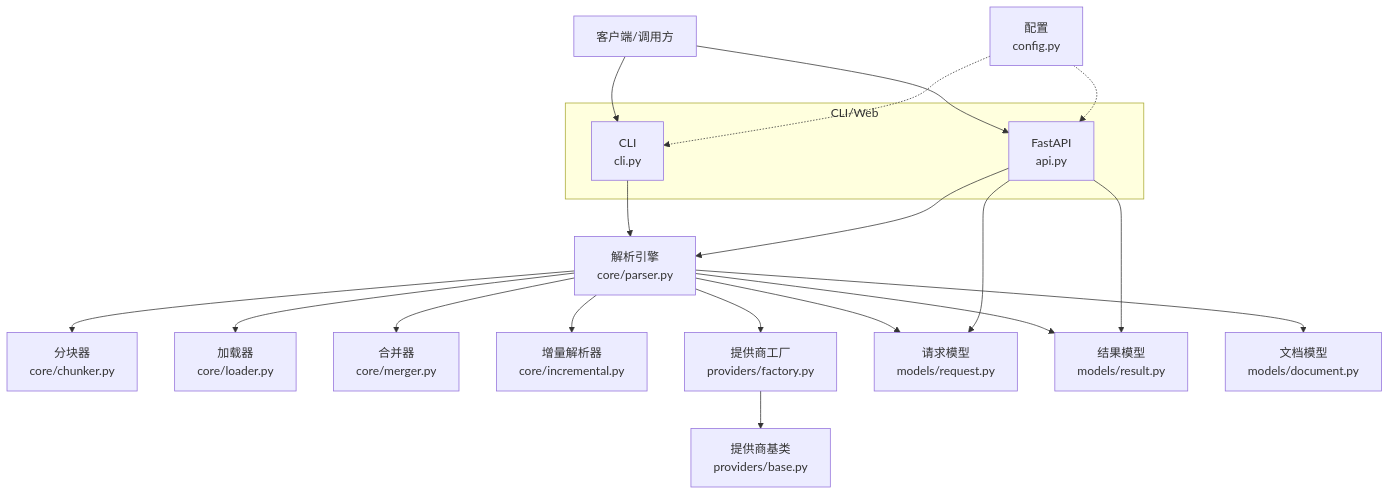
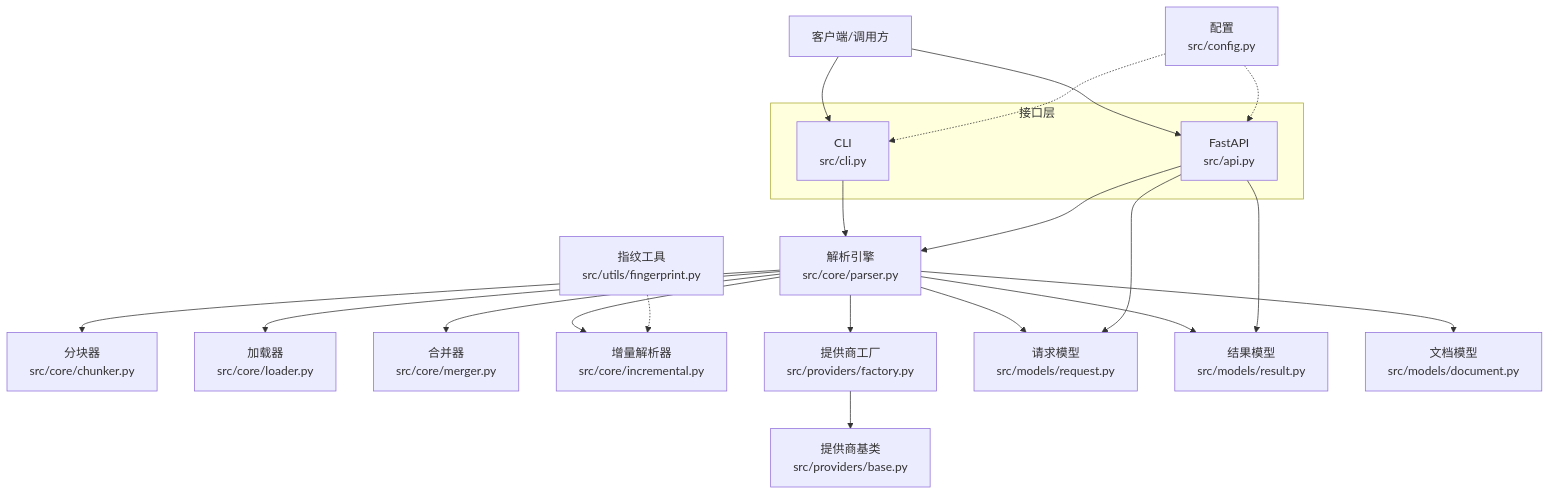
Before and after one commit to wowzhangji/doc_ai_parser: the second of 6 diagrams in .qoder/repowiki/zh/content/架构设计/系统概览.md, drawn with Mermaid. The commit also changed other lines of this file and 25 other files, not shown here.

````diff
--- a/.qoder/repowiki/zh/content/架构设计/系统概览.md
+++ b/.qoder/repowiki/zh/content/架构设计/系统概览.md
@@ -159,36 +164,38 @@
 ```mermaid
 graph TB
 CLIENT["客户端/调用方"]
-subgraph "CLI/Web"
-CLI["CLI<br/>cli.py"]
-WEB["FastAPI<br/>api.py"]
+subgraph "接口层"
+CLI["CLI<br/>src/cli.py"]
+WEB["FastAPI<br/>src/api.py"]
 end
-ENGINE["解析引擎<br/>core/parser.py"]
-CHUNK["分块器<br/>core/chunker.py"]
-LOAD["加载器<br/>core/loader.py"]
-MERGE["合并器<br/>core/merger.py"]
-INC["增量解析器<br/>core/incremental.py"]
-PROV["提供商工厂<br/>providers/factory.py"]
-BASEP["提供商基类<br/>providers/base.py"]
-REQ["请求模型<br/>models/request.py"]
-RES["结果模型<br/>models/result.py"]
-DOC["文档模型<br/>models/document.py"]
-CFG["配置<br/>config.py"]
+ENGINE["解析引擎<br/>src/core/parser.py"]
+CHUNK["分块器<br/>src/core/chunker.py"]
+LOAD["加载器<br/>src/core/loader.py"]
+MERGE["合并器<br/>src/core/merger.py"]
+INC["增量解析器<br/>src/core/incremental.py"]
+PROV["提供商工厂<br/>src/providers/factory.py"]
+BASEP["提供商基类<br/>src/providers/base.py"]
+REQ["请求模型<br/>src/models/request.py"]
+RES["结果模型<br/>src/models/result.py"]
+DOC["文档模型<br/>src/models/document.py"]
+CFG["配置<br/>src/config.py"]
+FP["指纹工具<br/>src/utils/fingerprint.py"]
 CLIENT --> CLI
 CLIENT --> WEB
 CLI --> ENGINE
 WEB --> ENGINE
 ENGINE --> CHUNK
 ENGINE --> LOAD
 ENGINE --> MERGE
 ENGINE --> INC
 ENGINE --> PROV
 PROV --> BASEP
 ENGINE --> REQ
 ENGINE --> RES
 ENGINE --> DOC
 WEB --> REQ
 WEB --> RES
 CFG -.-> WEB
 CFG -.-> CLI
+FP -.-> INC
 ```
````
